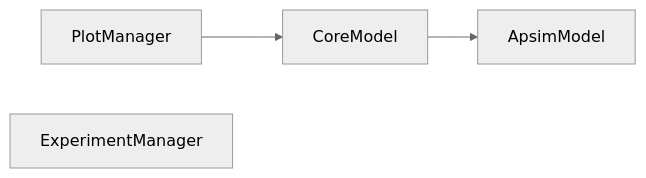
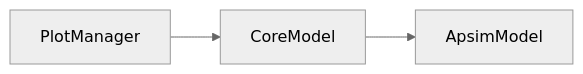
Before and after one commit to MAGALA-RICHARD/apsimNGpy-documentations: the first of 2 diagrams in doc/api.rst, drawn with Mermaid (neutral theme). The commit also changed other lines of this file, not shown here.

```diff
--- a/doc/api.rst
+++ b/doc/api.rst
@@ -21,10 +21,9 @@
        .. mermaid::
 
           flowchart LR
               PlotManager["PlotManager"]
               CoreModel["CoreModel"]
               ApsimModel["ApsimModel"]
-              ExperimentManager["ExperimentManager"]
 
               PlotManager --> CoreModel
               CoreModel --> ApsimModel
```
